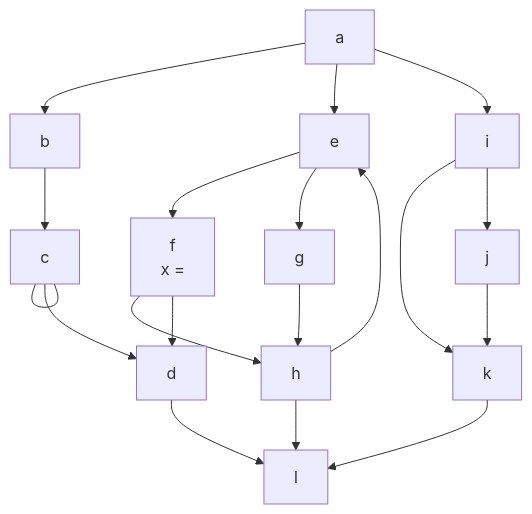
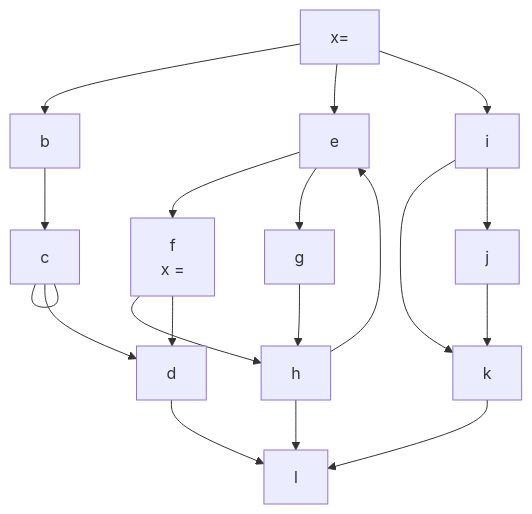
One commit to normrubin/normrubin.github.io changed the seventh of 14 diagrams in lectures/06_ssa.qmd. Above: the diagram before and after it, drawn with Mermaid. The commit also changed other lines of this file and 4 other files, not shown here.

````diff
--- a/lectures/06_ssa.qmd
+++ b/lectures/06_ssa.qmd
@@ -277,25 +371,26 @@
 ```{mermaid}
+%%{init: {"flowchart": {"htmlLabels": false}} }%%
 graph TB
-
+a[x=]
 a-->b
 a--> e
 a--> i
 
 b-->c
 c--- c
 c--> d
 e--> f["f
   x = "]
 e--> g
 g--> h
 f--> h
 h-->l
 f--> d
 h--> e
 i--> k
 i--> j
 j--> k
 k--> l
 d--> l
 
 ```
````
